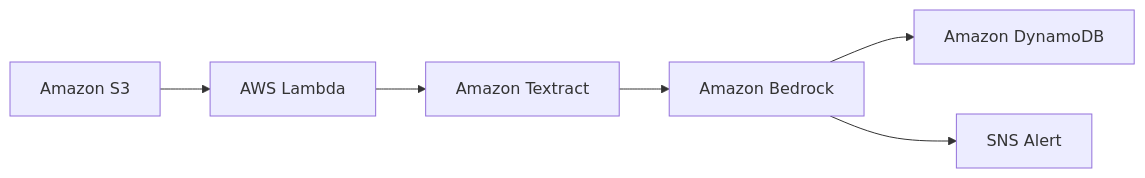
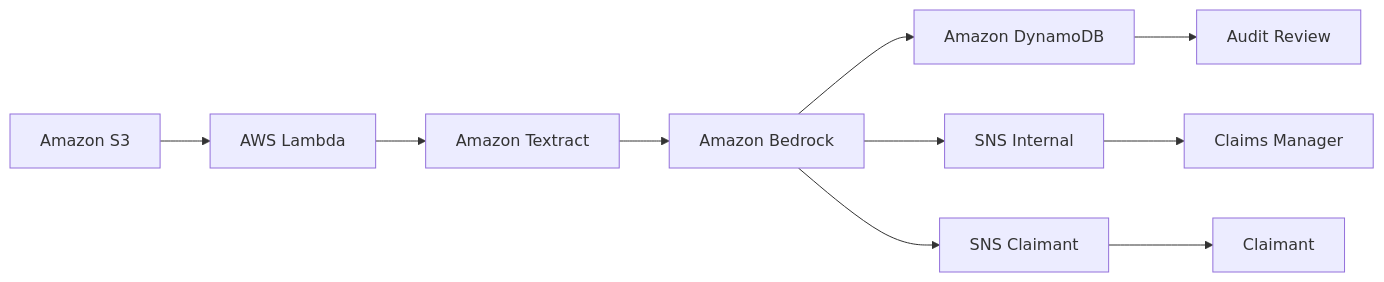
The diagram in README.md (nathanielkay11-tech/aws-ai-document-pipeline), drawn with Mermaid before and after one commit. The commit also changed other lines of this file, not shown here.

Commit message:
docs: update architecture diagram, services table and project status

````diff
--- a/README.md
+++ b/README.md
@@ -23,8 +23,12 @@
 ```mermaid
 graph LR
     A[Amazon S3] --> B[AWS Lambda]
     B --> C[Amazon Textract]
     C --> D[Amazon Bedrock]
     D --> E[Amazon DynamoDB]
-    D --> F[SNS Alert]
+    D --> F[SNS Internal]
+    D --> G[SNS Claimant]
+    F --> H[Claims Manager]
+    G --> I[Claimant]
+    E --> J[Audit Review]
 ```
````
